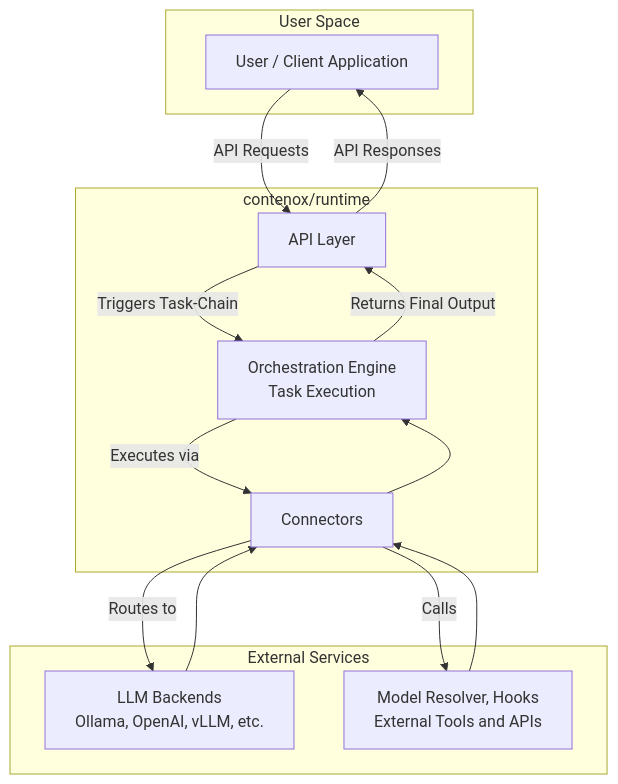
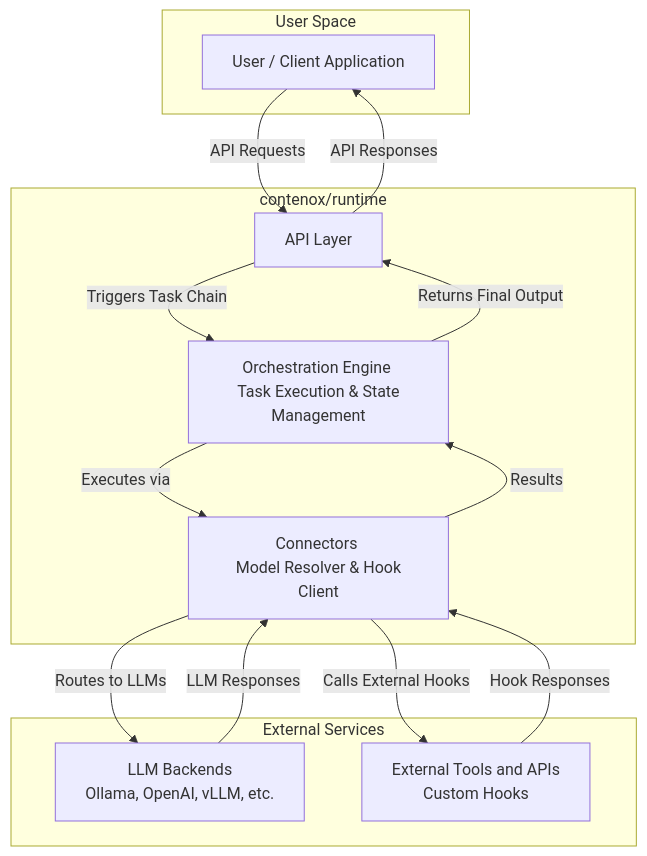
The diagram in README.md (contenox/runtime), drawn with Mermaid before and after one commit.

Commit message:
Subtly tweak the mermaid

````diff
--- a/README.md
+++ b/README.md
@@ -118,30 +118,30 @@
 ```mermaid
 graph TD
     subgraph "User Space"
         U[User / Client Application]
     end
 
     subgraph "contenox/runtime"
         API[API Layer]
-        OE["Orchestration Engine <br/> Task Execution"]
-        CONN["Connectors"]
+        OE["Orchestration Engine <br/> Task Execution & State Management"]
+        CONN["Connectors <br/> Model Resolver & Hook Client"]
     end
 
     subgraph "External Services"
         LLM[LLM Backends <br/> Ollama, OpenAI, vLLM, etc.]
-        HOOK[Model Resolver, Hooks <br/> External Tools and APIs]
+        HOOK[External Tools and APIs <br/> Custom Hooks]
     end
 
     %% --- Data Flow ---
     U -- API Requests --> API
-    API -- Triggers Task-Chain --> OE
+    API -- Triggers Task Chain --> OE
     OE -- Executes via --> CONN
-    CONN -- Routes to --> LLM
-    CONN -- Calls --> HOOK
+    CONN -- Routes to LLMs --> LLM
+    CONN -- Calls External Hooks --> HOOK
 
-    LLM --> CONN
-    HOOK --> CONN
-    CONN --> OE
+    LLM -- LLM Responses --> CONN
+    HOOK -- Hook Responses --> CONN
+    CONN -- Results --> OE
     OE -- Returns Final Output --> API
     API -- API Responses --> U
 ```
````
